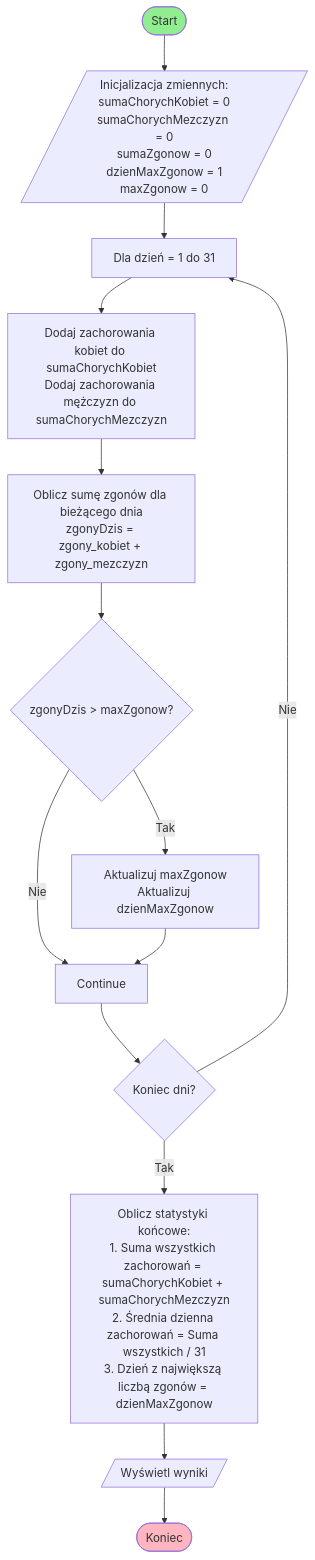
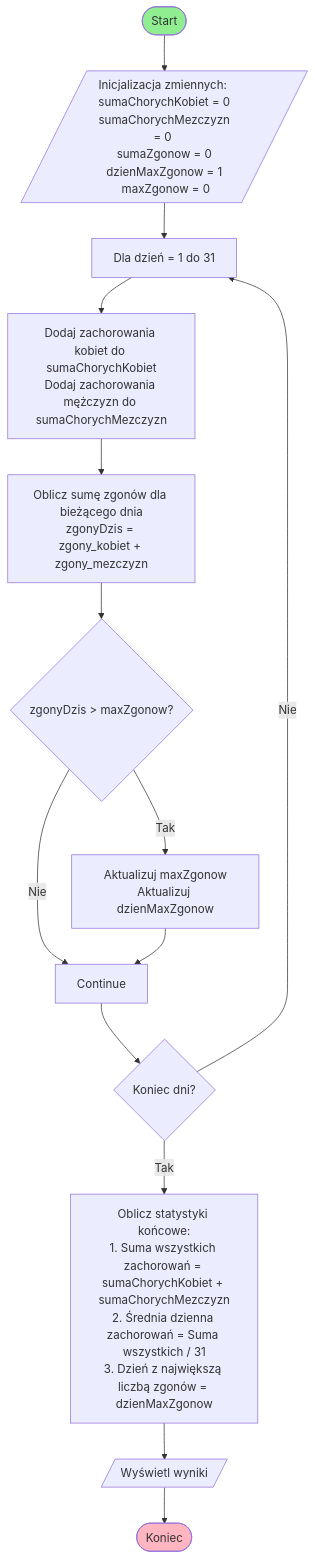
Before and after one commit to Mateuszpietrusinski/algorithms-1: the diagram in AiSD5_C4/exercise_4/readme.md, drawn with Mermaid.

Commit message:
fix: diagram new line test

````diff
--- a/AiSD5_C4/exercise_4/readme.md
+++ b/AiSD5_C4/exercise_4/readme.md
@@ -2,19 +2,19 @@
 ```mermaid
 flowchart TD
-    Start([Start]) --> Init[/Inicjalizacja zmiennych:\nsumaChorychKobiet = 0\nsumaChorychMezczyzn = 0\nsumaZgonow = 0\ndzienMaxZgonow = 1\nmaxZgonow = 0/]
+    Start([Start]) --> Init[/Inicjalizacja zmiennych: <br> sumaChorychKobiet = 0 <br> sumaChorychMezczyzn = 0 <br> sumaZgonow = 0 <br> dzienMaxZgonow = 1 <br> maxZgonow = 0/]
     Init --> ForLoop[Dla dzień = 1 do 31]
     ForLoop --> CalcWomen[Dodaj zachorowania kobiet do sumaChorychKobiet\nDodaj zachorowania mężczyzn do sumaChorychMezczyzn]
     CalcWomen --> CalcDeaths[Oblicz sumę zgonów dla bieżącego dnia\nzgonyDzis = zgony_kobiet + zgony_mezczyzn]
     CalcDeaths --> CheckMax{zgonyDzis > maxZgonow?}
     CheckMax -->|Tak| UpdateMax[Aktualizuj maxZgonow\nAktualizuj dzienMaxZgonow]
     CheckMax -->|Nie| Continue
     UpdateMax --> Continue
     Continue --> CheckDayEnd{Koniec dni?}
     CheckDayEnd -->|Nie| ForLoop
     CheckDayEnd -->|Tak| CalcStats[Oblicz statystyki końcowe:\n1. Suma wszystkich zachorowań = sumaChorychKobiet + sumaChorychMezczyzn\n2. Średnia dzienna zachorowań = Suma wszystkich / 31\n3. Dzień z największą liczbą zgonów = dzienMaxZgonow]
     CalcStats --> Display[/Wyświetl wyniki/]
     Display --> End([Koniec])
 
     style Start fill:#90EE90
     style End fill:#FFB6C1
 ```
````
